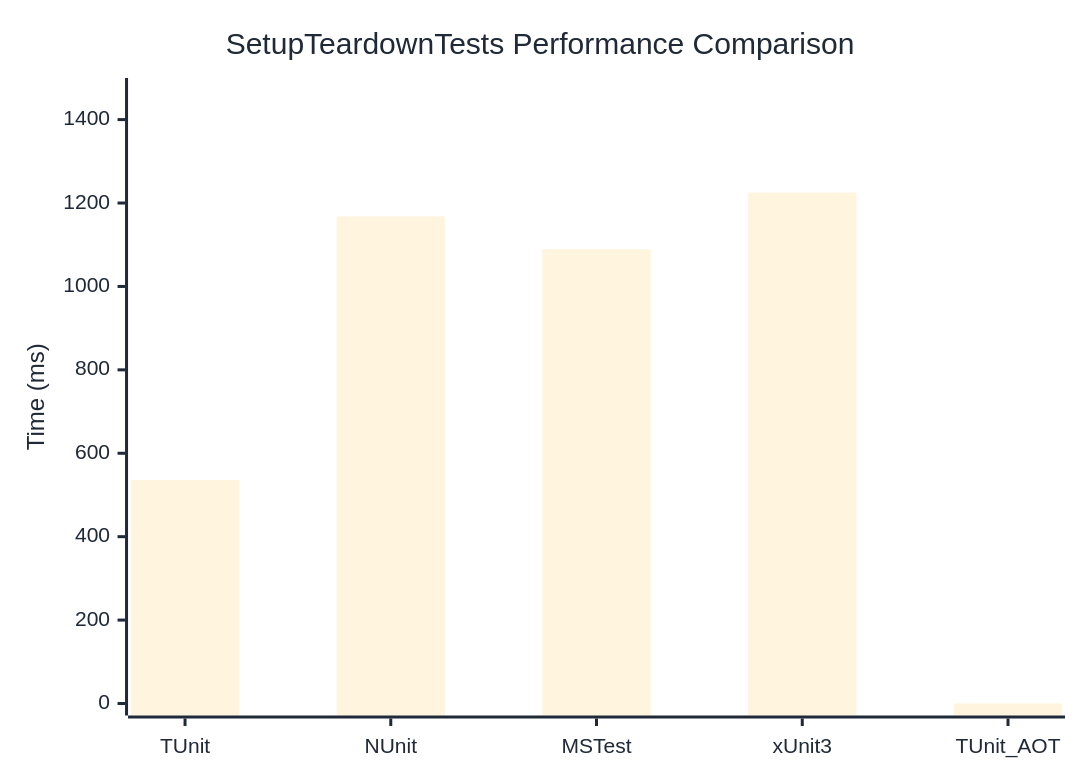
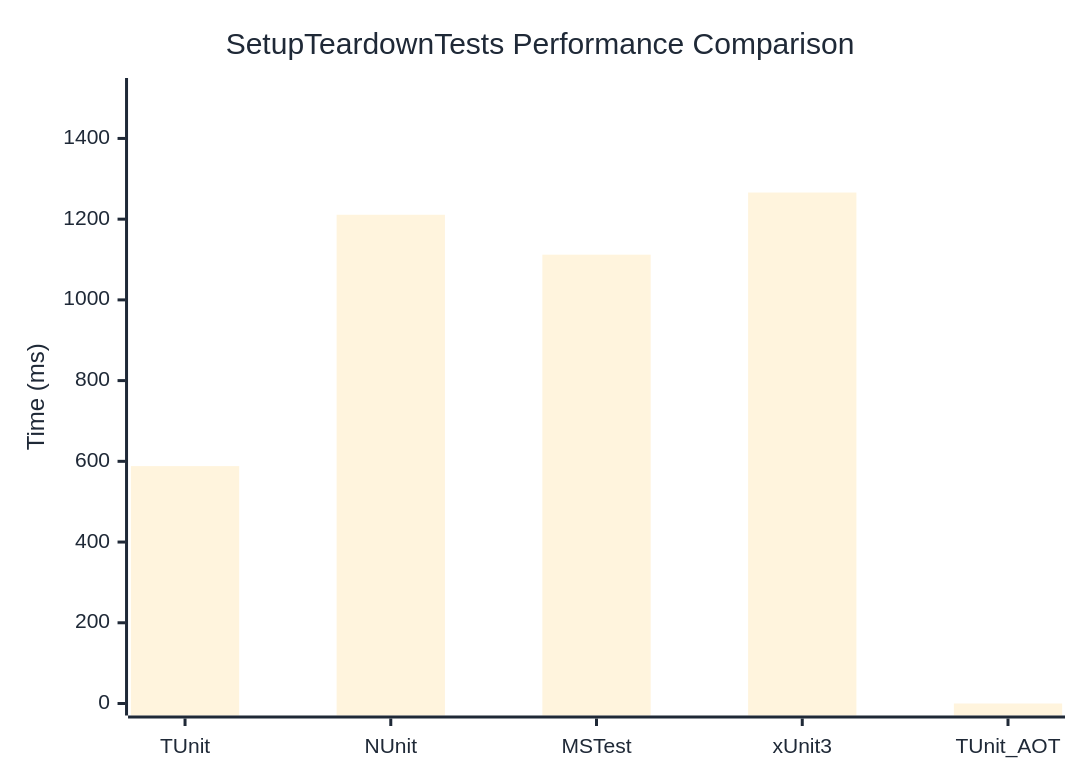
One commit to weiyilai/TUnit changed the diagram in docs/docs/benchmarks/SetupTeardownTests.md. Above: the diagram before and after it, drawn with Mermaid. The commit also changed other lines of this file and 17 other files, not shown here.

````diff
--- a/docs/docs/benchmarks/SetupTeardownTests.md
+++ b/docs/docs/benchmarks/SetupTeardownTests.md
@@ -27,37 +27,37 @@
 ```mermaid
 %%{init: {
   'theme':'base',
   'themeVariables': {
     'primaryColor': '#2563eb',
     'primaryTextColor': '#1f2937',
     'primaryBorderColor': '#1e40af',
     'lineColor': '#6b7280',
     'secondaryColor': '#7c3aed',
     'tertiaryColor': '#dc2626',
     'background': '#ffffff',
     'mainBkg': '#2563eb',
     'secondBkg': '#7c3aed',
     'tertiaryBkg': '#dc2626',
     'clusterBkg': '#f3f4f6',
     'edgeLabelBackground': '#ffffff',
     'tertiaryTextColor': '#1f2937',
     'pie1': '#2563eb',
     'pie2': '#7c3aed',
     'pie3': '#dc2626',
     'pie4': '#f59e0b',
     'pie5': '#10b981',
     'pie6': '#06b6d4',
     'pie7': '#ec4899',
     'pie8': '#6366f1',
     'pie9': '#84cc16',
     'pie10': '#f97316',
     'pie11': '#14b8a6',
     'pie12': '#a855f7'
   }
 }}%%
 xychart-beta
   title "SetupTeardownTests Performance Comparison"
   x-axis ["TUnit", "NUnit", "MSTest", "xUnit3", "TUnit_AOT"]
-  y-axis "Time (ms)" 0 --> 1471
-  bar [535.8, 1168.1, 1089.1, 1225.1, 0]
+  y-axis "Time (ms)" 0 --> 1520
+  bar [588.2, 1210.9, 1112, 1266, 0]
 ```
````
